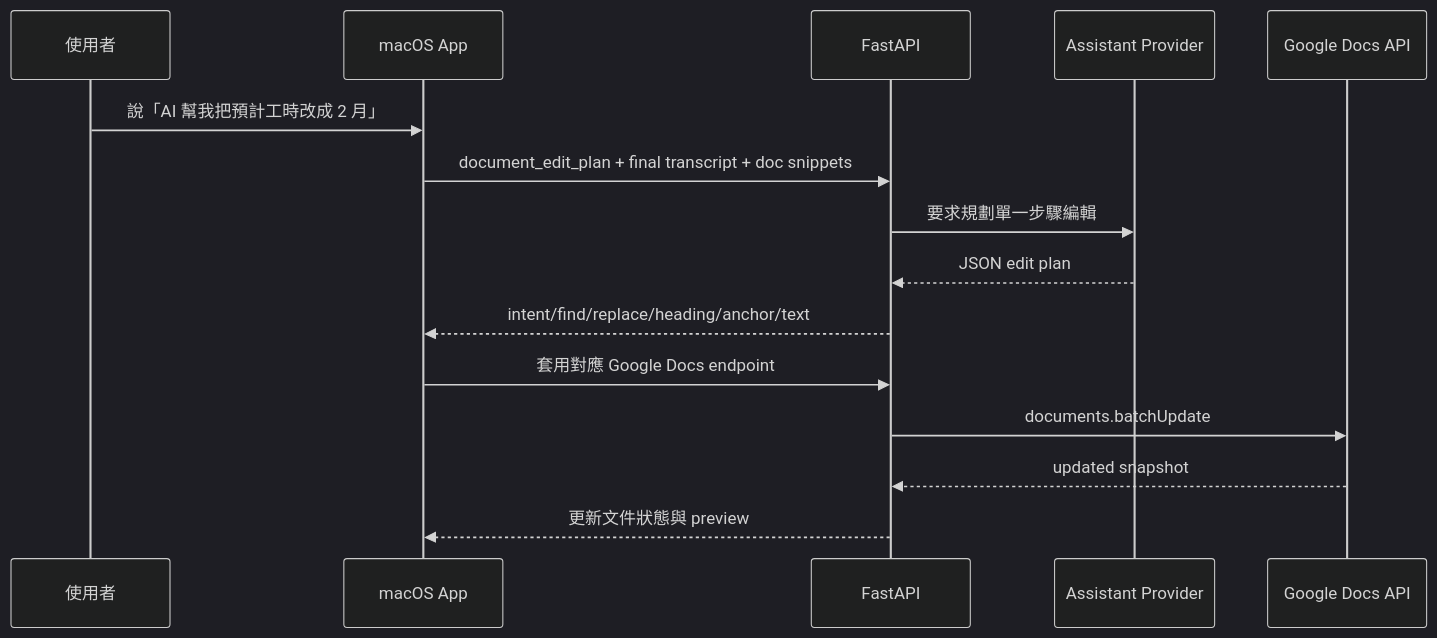
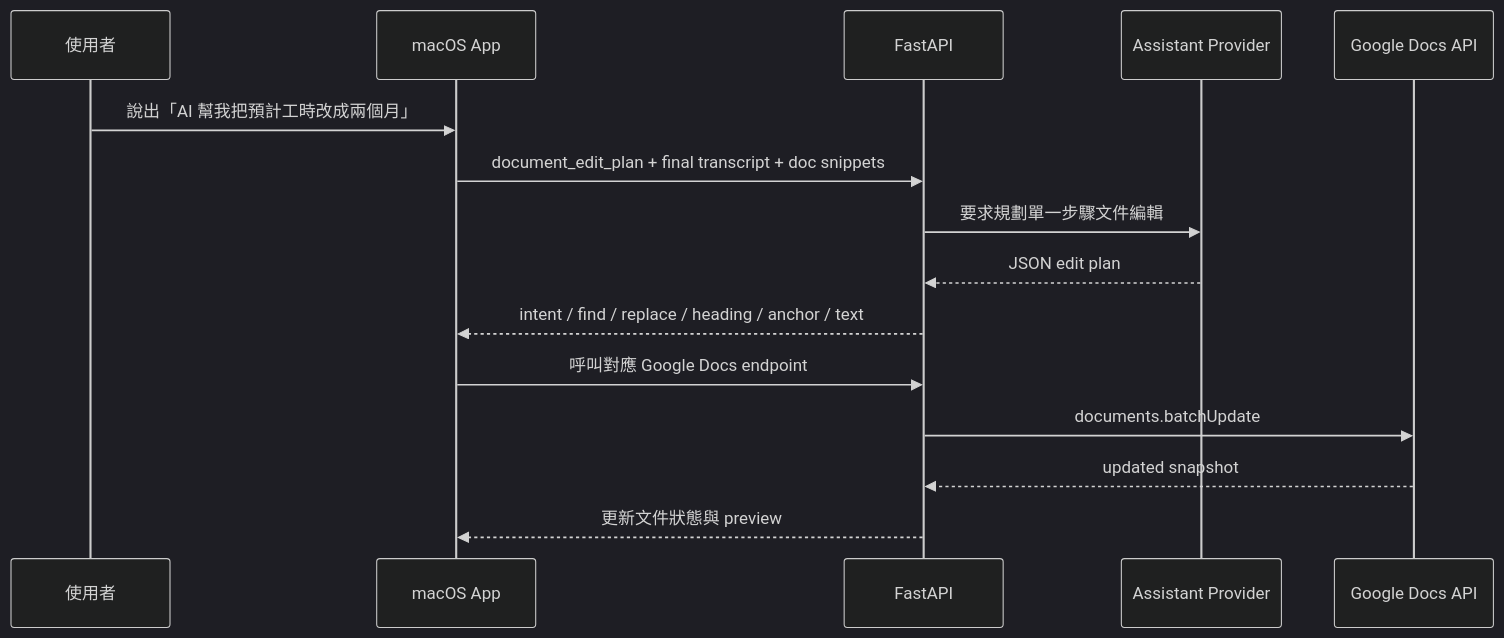
One commit to elvisdragonmao/emeet changed the second of 2 diagrams in docs/final-report.md. Above: the diagram before and after it, drawn with Mermaid (dark theme). The commit also changed other lines of this file, not shown here.

````diff
--- a/docs/final-report.md
+++ b/docs/final-report.md
@@ -229,18 +295,18 @@
 ```mermaid
 sequenceDiagram
     participant User as 使用者
     participant App as macOS App
     participant Backend as FastAPI
     participant LLM as Assistant Provider
     participant Docs as Google Docs API
 
-    User->>App: 說「AI 幫我把預計工時改成 2 月」
+    User->>App: 說出「AI 幫我把預計工時改成兩個月」
     App->>Backend: document_edit_plan + final transcript + doc snippets
-    Backend->>LLM: 要求規劃單一步驟編輯
+    Backend->>LLM: 要求規劃單一步驟文件編輯
     LLM-->>Backend: JSON edit plan
-    Backend-->>App: intent/find/replace/heading/anchor/text
-    App->>Backend: 套用對應 Google Docs endpoint
+    Backend-->>App: intent / find / replace / heading / anchor / text
+    App->>Backend: 呼叫對應 Google Docs endpoint
     Backend->>Docs: documents.batchUpdate
     Docs-->>Backend: updated snapshot
     Backend-->>App: 更新文件狀態與 preview
 ```
````
